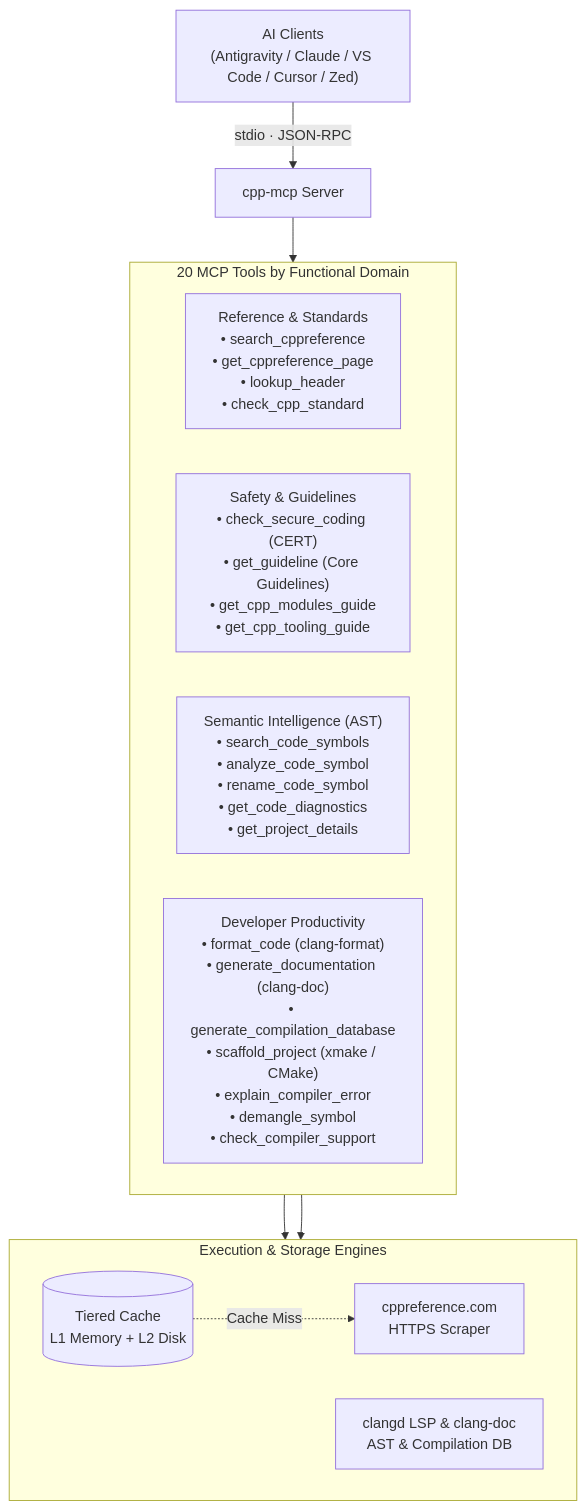
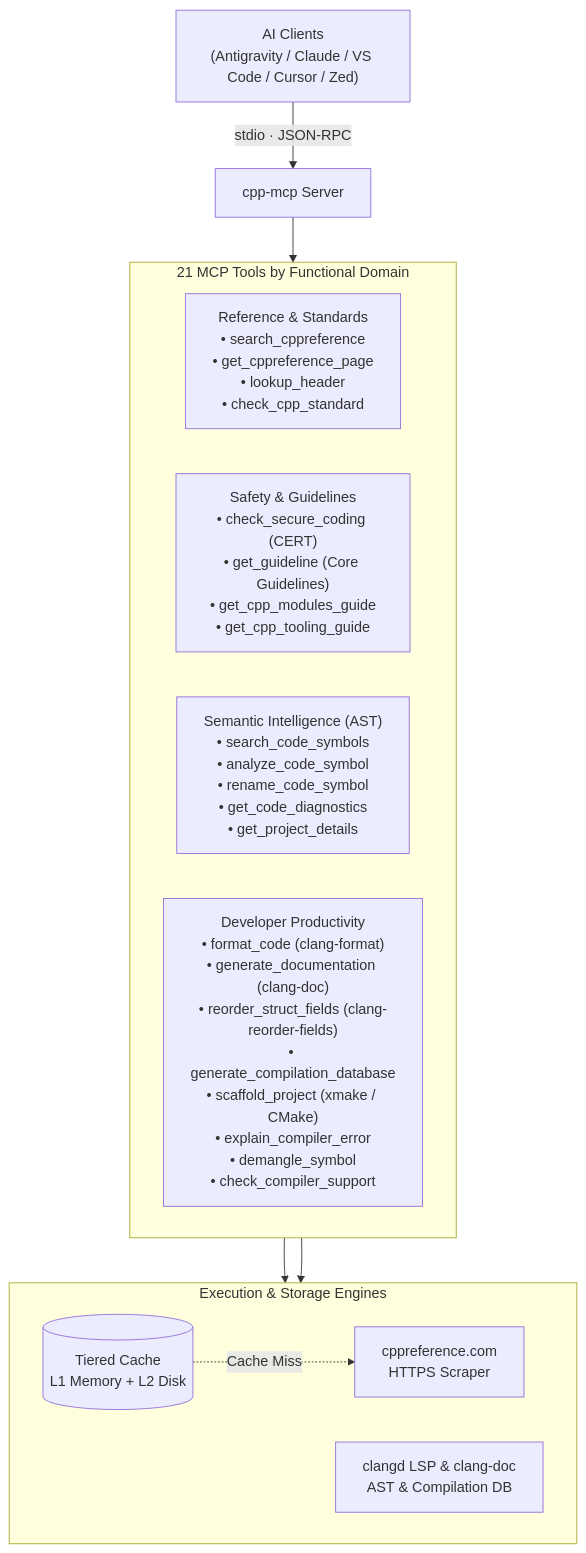
The diagram in README.md (CHOCEK-RB/cpp-mcp), drawn with Mermaid before and after one commit. The commit also changed other lines of this file and 5 other files, not shown here.

Commit message:
feat: add reorder_struct_fields tool (clang-reorder-fields)

````diff
--- a/README.md
+++ b/README.md
@@ -17,24 +17,24 @@
 ```mermaid
 flowchart TB
     Client["AI Clients\n(Antigravity / Claude / VS Code / Cursor / Zed)"] -->|stdio · JSON-RPC| Server["cpp-mcp Server"]
 
-    subgraph Tools ["20 MCP Tools by Functional Domain"]
+    subgraph Tools ["21 MCP Tools by Functional Domain"]
         direction LR
         D1["Reference & Standards\n• search_cppreference\n• get_cppreference_page\n• lookup_header\n• check_cpp_standard"]
         D2["Safety & Guidelines\n• check_secure_coding (CERT)\n• get_guideline (Core Guidelines)\n• get_cpp_modules_guide\n• get_cpp_tooling_guide"]
         D3["Semantic Intelligence (AST)\n• search_code_symbols\n• analyze_code_symbol\n• rename_code_symbol\n• get_code_diagnostics\n• get_project_details"]
-        D4["Developer Productivity\n• format_code (clang-format)\n• generate_documentation (clang-doc)\n• generate_compilation_database\n• scaffold_project (xmake / CMake)\n• explain_compiler_error\n• demangle_symbol\n• check_compiler_support"]
+        D4["Developer Productivity\n• format_code (clang-format)\n• generate_documentation (clang-doc)\n• reorder_struct_fields (clang-reorder-fields)\n• generate_compilation_database\n• scaffold_project (xmake / CMake)\n• explain_compiler_error\n• demangle_symbol\n• check_compiler_support"]
     end
 
     subgraph Backends ["Execution & Storage Engines"]
         direction LR
         Cache[("Tiered Cache\nL1 Memory + L2 Disk")]
         LSP["clangd LSP & clang-doc\nAST & Compilation DB"]
         Web["cppreference.com\nHTTPS Scraper"]
     end
 
     Server --> Tools
     D1 --> Cache
     D3 --> LSP
     Cache -.->|Cache Miss| Web
 ```
````
